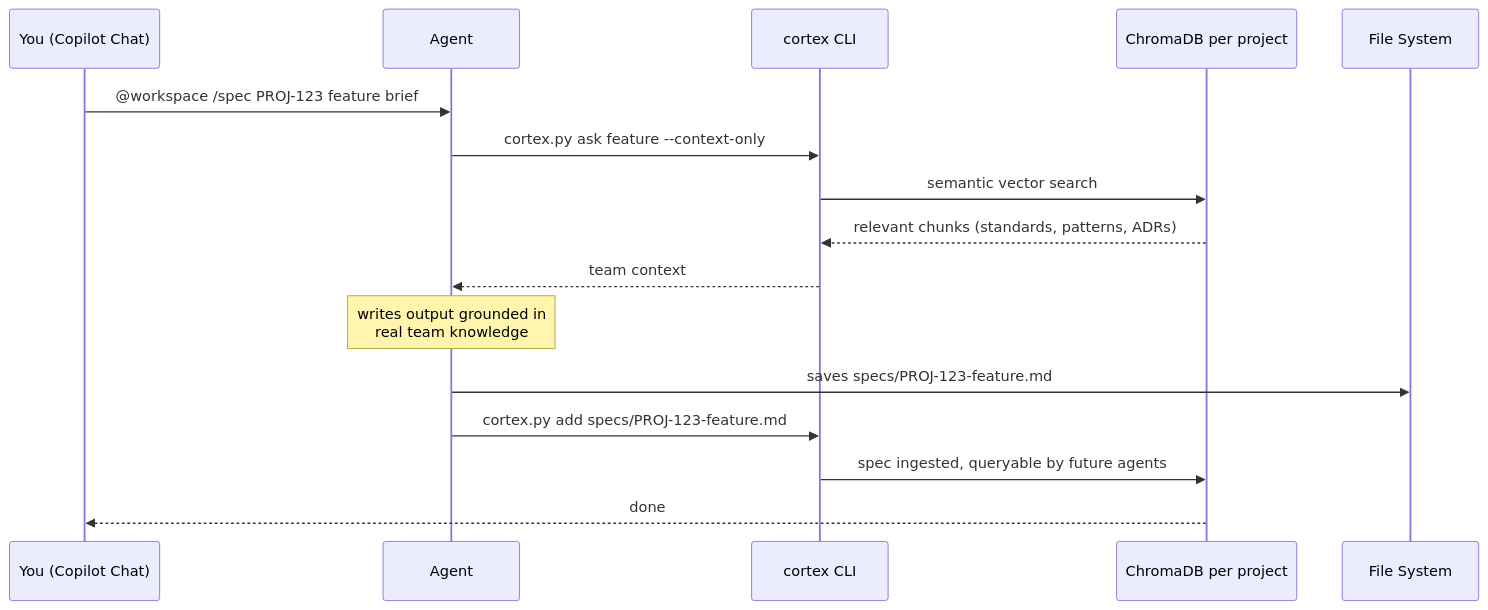
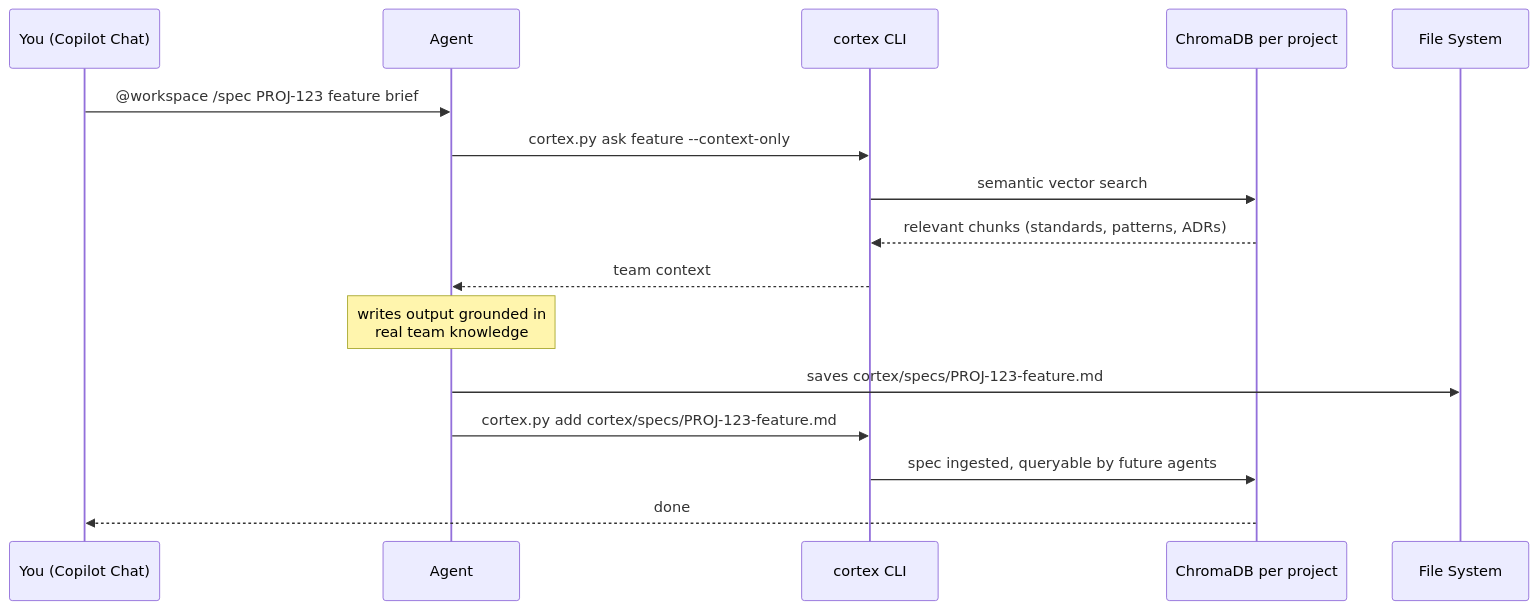
The first of 2 diagrams in README.md (dsmoothdaboogie/cortex), drawn with Mermaid before and after one commit. The commit also changed other lines of this file and 56 other files, not shown here.

````diff
--- a/README.md
+++ b/README.md
@@ -18,19 +18,19 @@
 ```mermaid
 sequenceDiagram
     participant You as You (Copilot Chat)
     participant Agent as Agent
     participant CLI as cortex CLI
     participant DB as ChromaDB per project
     participant FS as File System
 
     You->>Agent: @workspace /spec PROJ-123 feature brief
     Agent->>CLI: cortex.py ask feature --context-only
     CLI->>DB: semantic vector search
     DB-->>CLI: relevant chunks (standards, patterns, ADRs)
     CLI-->>Agent: team context
     Note over Agent: writes output grounded in<br/>real team knowledge
-    Agent->>FS: saves specs/PROJ-123-feature.md
-    Agent->>CLI: cortex.py add specs/PROJ-123-feature.md
+    Agent->>FS: saves cortex/specs/PROJ-123-feature.md
+    Agent->>CLI: cortex.py add cortex/specs/PROJ-123-feature.md
     CLI->>DB: spec ingested, queryable by future agents
     DB-->>You: done
 ```
````
